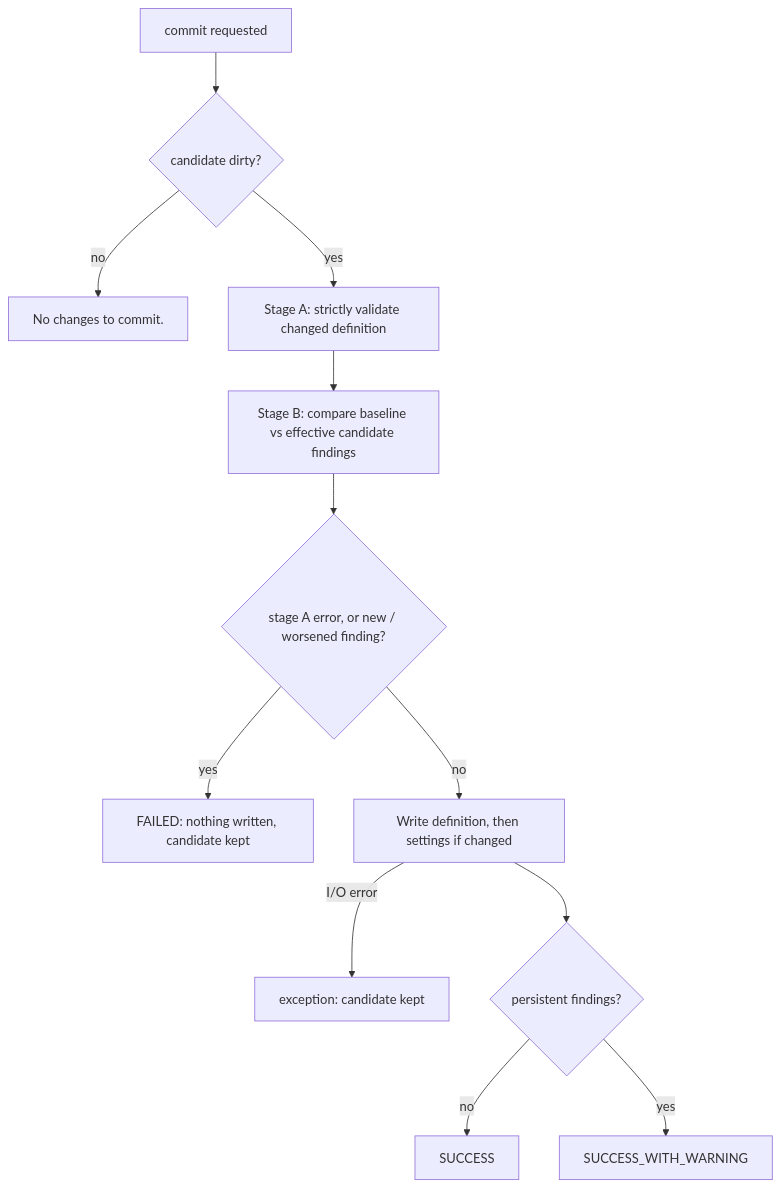
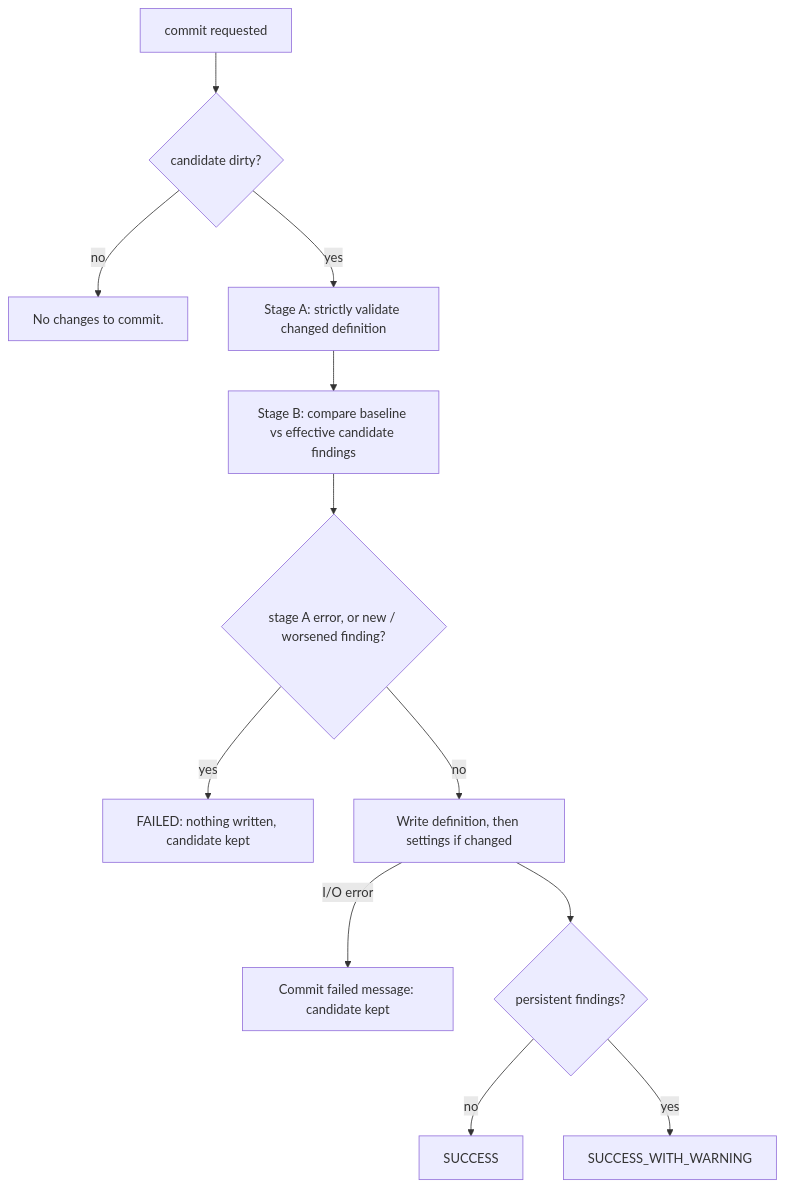
One commit to eiuemura/network-lab-mcp changed the diagram in docs/architecture.md. Above: the diagram before and after it, drawn with Mermaid. The commit also changed 1 other file, not shown here.

Commit message:
Document commit I/O failure handling in CLI reference and flow diagram

````diff
--- a/docs/architecture.md
+++ b/docs/architecture.md
@@ -1241,14 +1241,14 @@
 ```mermaid
 flowchart TD
     A[commit requested] --> B{candidate dirty?}
     B -- no --> N[No changes to commit.]
     B -- yes --> C[Stage A: strictly validate changed definition]
     C --> D[Stage B: compare baseline vs effective candidate findings]
     D --> E{stage A error, or new / worsened finding?}
     E -- yes --> F[FAILED: nothing written, candidate kept]
     E -- no --> G[Write definition, then settings if changed]
-    G -- I/O error --> F2[exception: candidate kept]
+    G -- I/O error --> F2[Commit failed message: candidate kept]
     G --> H{persistent findings?}
     H -- no --> S[SUCCESS]
     H -- yes --> W[SUCCESS_WITH_WARNING]
 ```
````
